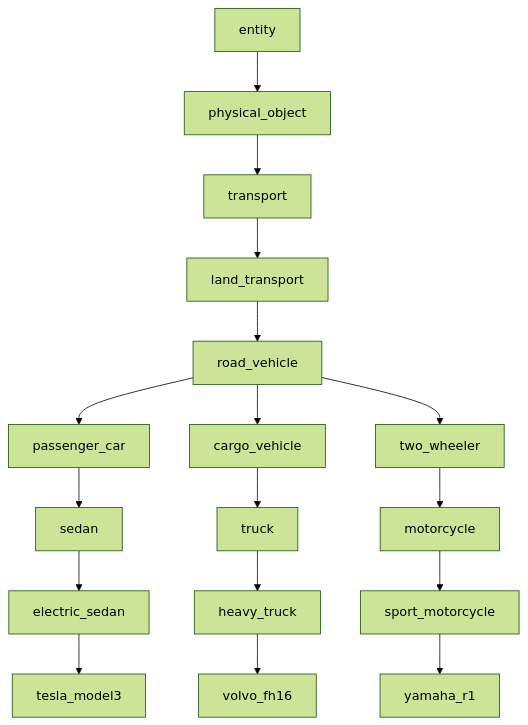
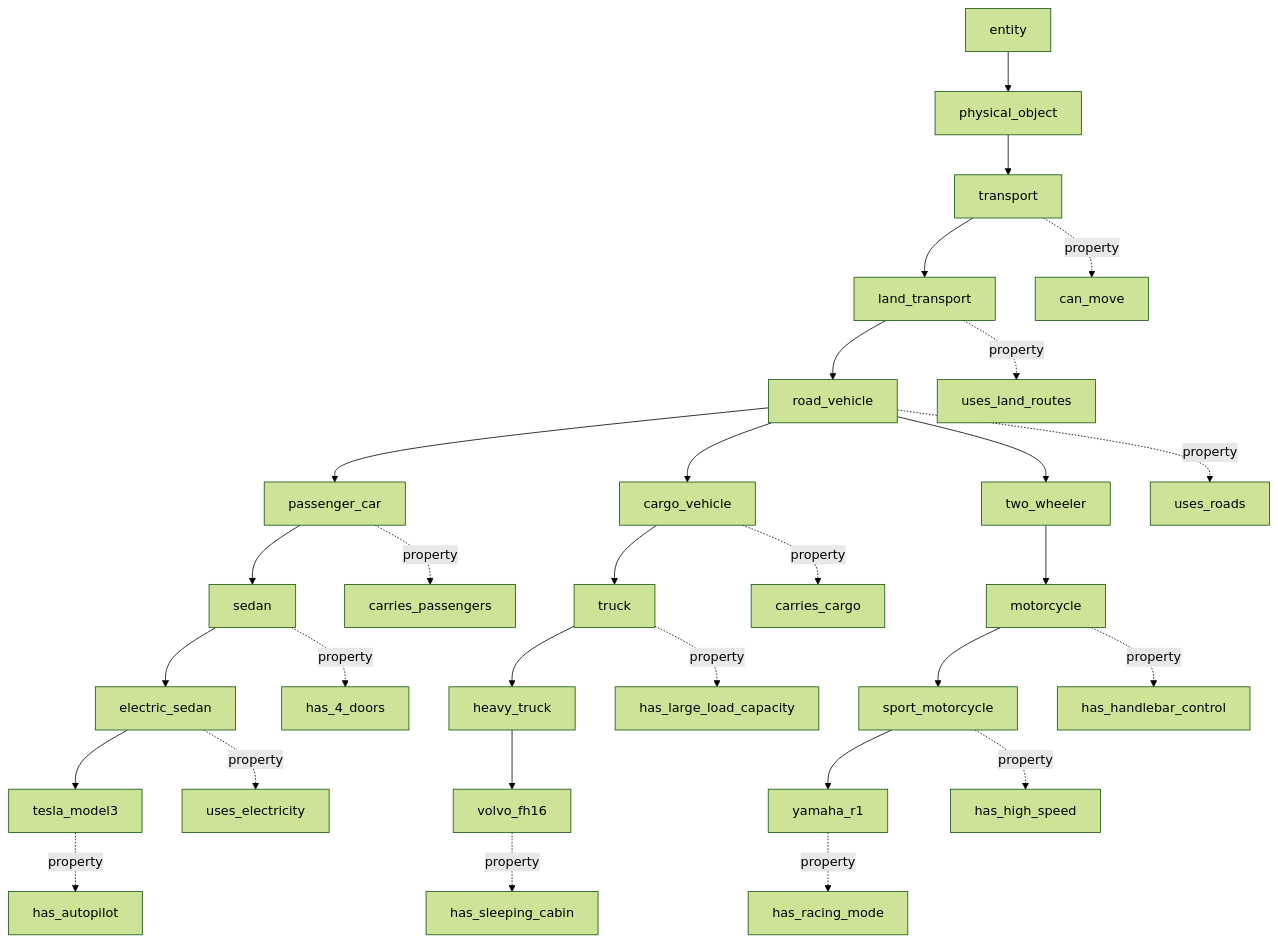
The second of 2 diagrams in REPORT.md (Denisow23/prolog), drawn with Mermaid (forest theme) before and after one commit. The commit also changed other lines of this file, not shown here.

Commit message:
Уточнить диаграммы в отчете: добавить сиблингов и все элементы транспорта

````diff
--- a/REPORT.md
+++ b/REPORT.md
@@ -37,22 +52,39 @@
 ```mermaid
 flowchart TD
     entity --> physical_object
     physical_object --> transport
     transport --> land_transport
     land_transport --> road_vehicle
 
     road_vehicle --> passenger_car
     passenger_car --> sedan
     sedan --> electric_sedan
     electric_sedan --> tesla_model3
 
     road_vehicle --> cargo_vehicle
     cargo_vehicle --> truck
     truck --> heavy_truck
     heavy_truck --> volvo_fh16
 
     road_vehicle --> two_wheeler
     two_wheeler --> motorcycle
     motorcycle --> sport_motorcycle
     sport_motorcycle --> yamaha_r1
+
+    %% Свойства классов
+    transport -.property.-> can_move
+    land_transport -.property.-> uses_land_routes
+    road_vehicle -.property.-> uses_roads
+    passenger_car -.property.-> carries_passengers
+    cargo_vehicle -.property.-> carries_cargo
+    sedan -.property.-> has_4_doors
+    electric_sedan -.property.-> uses_electricity
+    truck -.property.-> has_large_load_capacity
+    motorcycle -.property.-> has_handlebar_control
+    sport_motorcycle -.property.-> has_high_speed
+
+    %% Свойства экземпляров
+    tesla_model3 -.property.-> has_autopilot
+    volvo_fh16 -.property.-> has_sleeping_cabin
+    yamaha_r1 -.property.-> has_racing_mode
 ```
````
